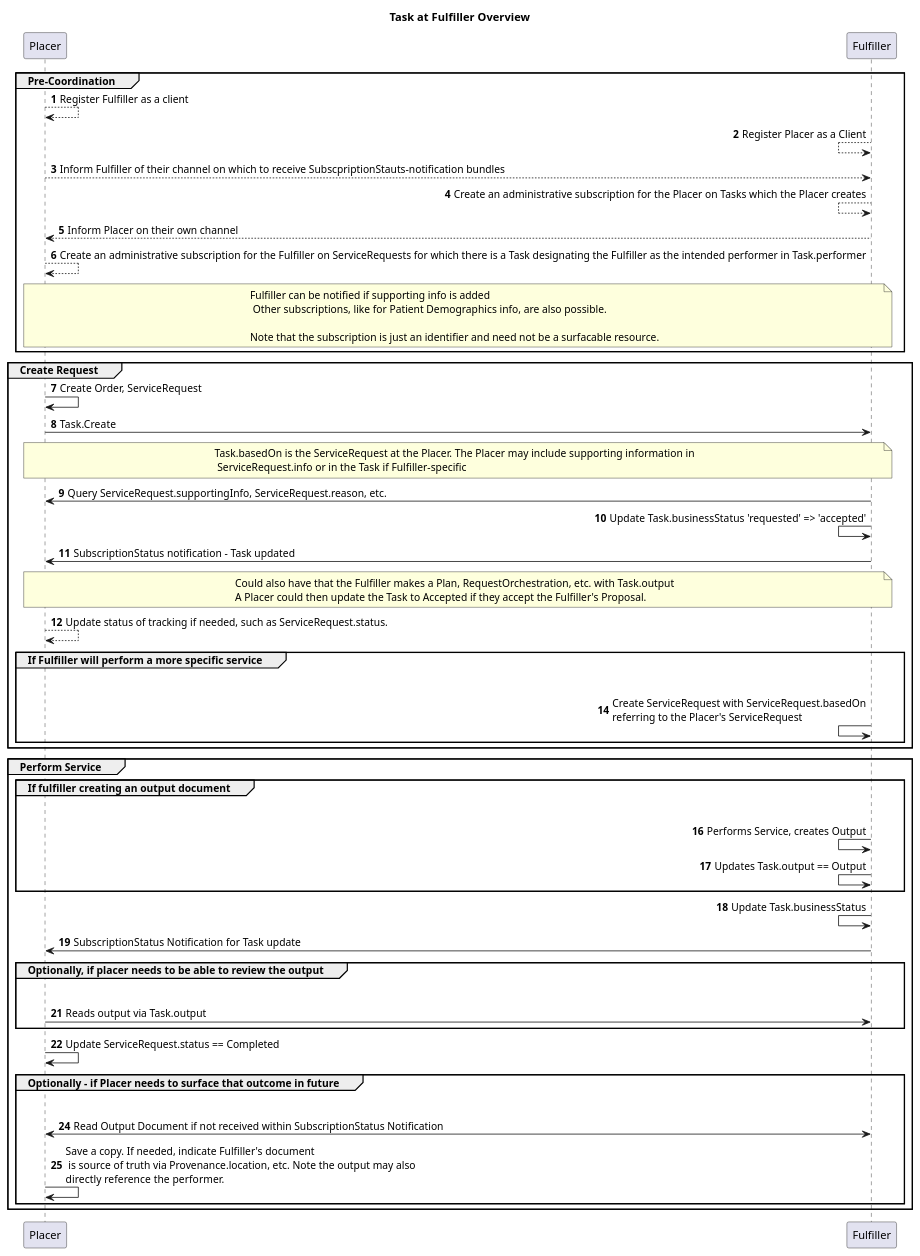
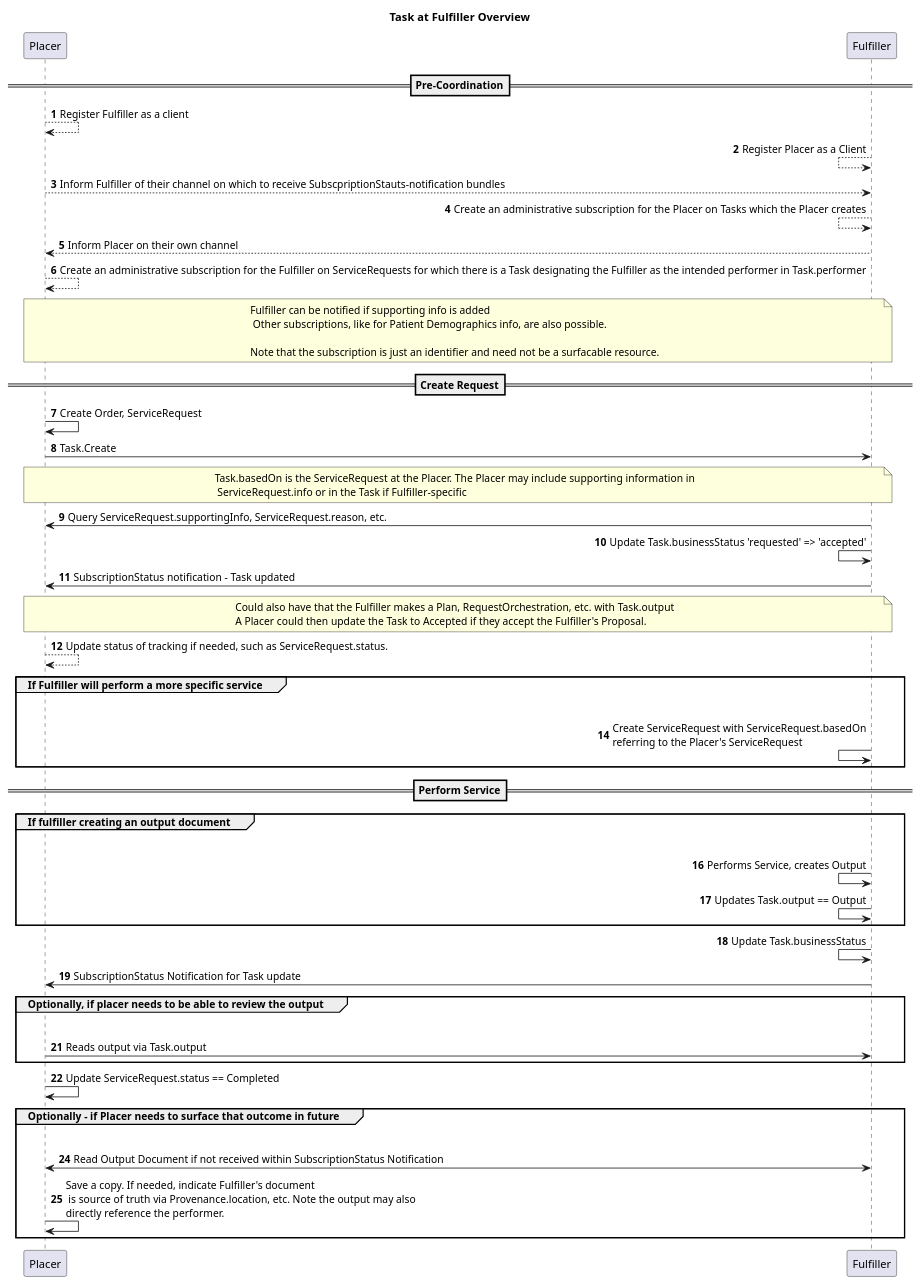
One commit to HL7/fhir-cow-ig changed the diagram in input/images-source/subscriptions-general-example-task-at-fulfiller.plantuml. Above: the diagram before and after it, drawn with PlantUML.

Commit message:
Update subscriptions-general-example-task-at-fulfiller.plantuml
Reverting back to section dividers instead of only groups

```diff
--- a/input/images-source/subscriptions-general-example-task-at-fulfiller.plantuml
+++ b/input/images-source/subscriptions-general-example-task-at-fulfiller.plantuml
@@ -1,72 +1,71 @@
 @startuml
 title Task at Fulfiller Overview
 
 autonumber
 
-group Pre-Coordination
-
+==Pre-Coordination==
 Placer --> Placer: Register Fulfiller as a client
 
 Fulfiller <-- Fulfiller: Register Placer as a Client
 
 Placer --> Fulfiller: Inform Fulfiller of their channel on which to receive SubscpriptionStauts-notification bundles
 
 Fulfiller <-- Fulfiller: Create an administrative subscription for the Placer on Tasks which the Placer creates 
 
 Fulfiller --> Placer: Inform Placer on their own channel
 
 Placer --> Placer: Create an administrative subscription for the Fulfiller on ServiceRequests for which there is a Task designating the Fulfiller as the intended performer in Task.performer
 
 note over Placer, Fulfiller: Fulfiller can be notified if supporting info is added\n Other subscriptions, like for Patient Demographics info, are also possible.\n\nNote that the subscription is just an identifier and need not be a surfacable resource.
 
-end
-group Create Request
 
+
+==Create Request==
 Placer -> Placer: Create Order, ServiceRequest
 
 Placer -> Fulfiller: Task.Create
 
 note over Placer, Fulfiller: Task.basedOn is the ServiceRequest at the Placer. The Placer may include supporting information in\n ServiceRequest.info or in the Task if Fulfiller-specific
 
 Fulfiller -> Placer: Query ServiceRequest.supportingInfo, ServiceRequest.reason, etc.
 
 Fulfiller <- Fulfiller: Update Task.businessStatus 'requested' => 'accepted'
 
 Fulfiller -> Placer: SubscriptionStatus notification - Task updated
 
 note over Placer, Fulfiller: Could also have that the Fulfiller makes a Plan, RequestOrchestration, etc. with Task.output\nA Placer could then update the Task to Accepted if they accept the Fulfiller's Proposal.
 
 Placer --> Placer: Update status of tracking if needed, such as ServiceRequest.status. 
 
 group If Fulfiller will perform a more specific service
     Fulfiller -[hidden]> Placer:
     Fulfiller <- Fulfiller: Create ServiceRequest with ServiceRequest.basedOn\nreferring to the Placer's ServiceRequest
 end
-end
-group Perform Service
 
+
+==Perform Service==
 group If fulfiller creating an output document
     Fulfiller -[hidden]> Placer:
     Fulfiller <- Fulfiller: Performs Service, creates Output
     Fulfiller <- Fulfiller: Updates Task.output == Output
 end
 
 Fulfiller <- Fulfiller: Update Task.businessStatus
 
 Fulfiller -> Placer: SubscriptionStatus Notification for Task update
 
 group Optionally, if placer needs to be able to review the output
     Fulfiller -[hidden]> Placer:
     Placer -> Fulfiller: Reads output via Task.output
 end
 
 Placer -> Placer: Update ServiceRequest.status == Completed
 
 group Optionally - if Placer needs to surface that outcome in future
     Fulfiller -[hidden]> Placer:
     Placer <-> Fulfiller: Read Output Document if not received within SubscriptionStatus Notification
     Placer -> Placer: Save a copy. If needed, indicate Fulfiller's document\n is source of truth via Provenance.location, etc. Note the output may also\ndirectly reference the performer.
    
 end
-end
+
 @enduml
```
